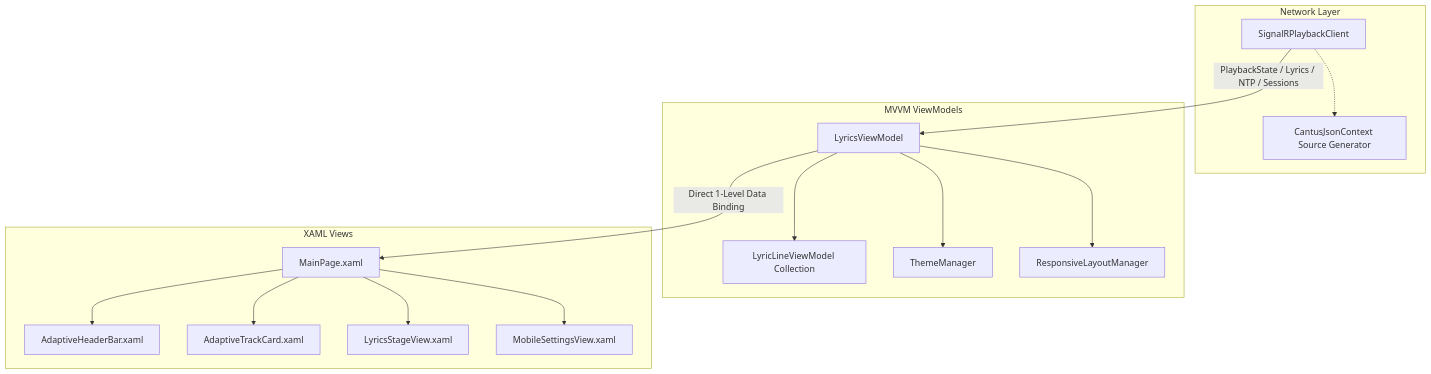
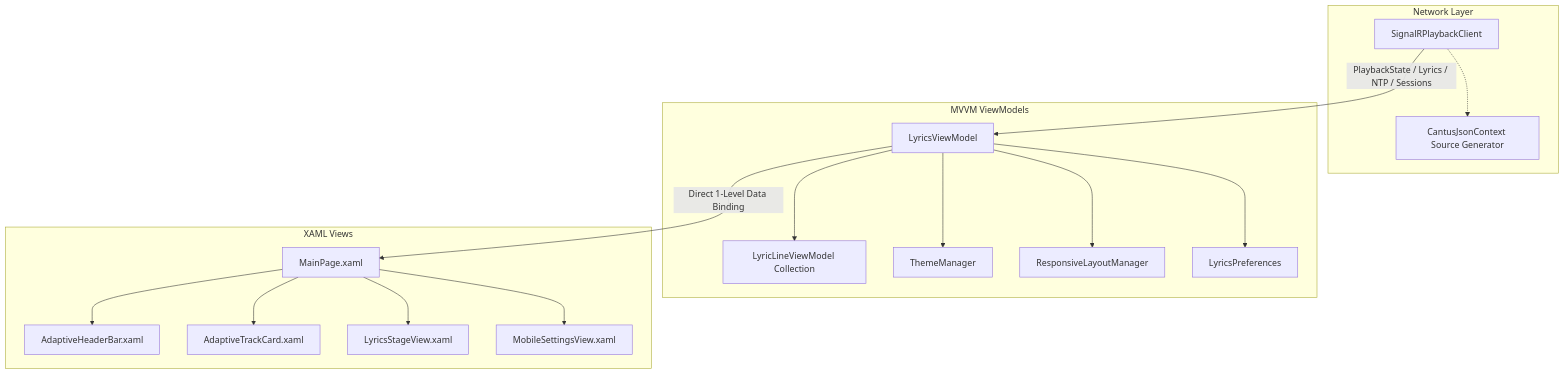
Before and after one commit to jav76/Cantus: the diagram in docs/architecture/client-uno.md, drawn with Mermaid. The commit also changed other lines of this file, not shown here.

Commit message:
docs: describe the lyrics preferences service in the client architecture page

````diff
--- a/docs/architecture/client-uno.md
+++ b/docs/architecture/client-uno.md
@@ -11,33 +11,35 @@
 ```mermaid
 flowchart TD
     subgraph Network Layer
         SignalR[SignalRPlaybackClient]
         Context[CantusJsonContext Source Generator]
         SignalR -.-> Context
     end
 
     subgraph MVVM ViewModels
         LVM[LyricsViewModel]
         LLVM[LyricLineViewModel Collection]
         Theme[ThemeManager]
         Layout[ResponsiveLayoutManager]
+        Prefs[LyricsPreferences]
         LVM --> LLVM
         LVM --> Theme
         LVM --> Layout
+        LVM --> Prefs
     end
 
     subgraph XAML Views
         MainView[MainPage.xaml]
         Header[AdaptiveHeaderBar.xaml]
         TrackCard[AdaptiveTrackCard.xaml]
         LyricsStage[LyricsStageView.xaml]
         MobileSettings[MobileSettingsView.xaml]
         MainView --> Header
         MainView --> TrackCard
         MainView --> LyricsStage
         MainView --> MobileSettings
     end
 
     SignalR -->|PlaybackState / Lyrics / NTP / Sessions| LVM
     LVM -->|Direct 1-Level Data Binding| MainView
 ```
````
